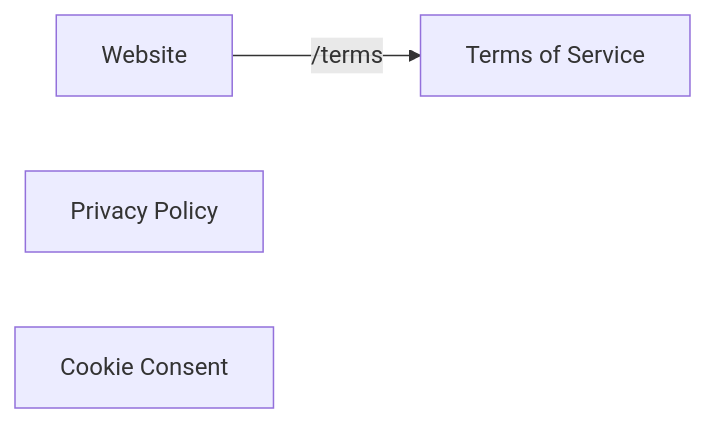
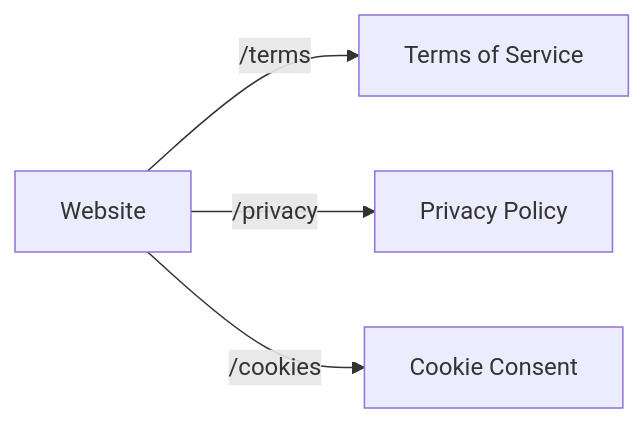
One commit to noclocks/NoClocksVault changed the diagram in 03-AREAS/Business/Checklists/Checklist - Legal Policies.md. Above: the diagram before and after it, drawn with Mermaid. The commit also changed other lines of this file and 2 other files, not shown here.

````diff
--- a/03-AREAS/Business/Checklists/Checklist - Legal Policies.md
+++ b/03-AREAS/Business/Checklists/Checklist - Legal Policies.md
@@ -37,9 +39,11 @@
 ```mermaid
 graph LR
   web[Website]
   terms[Terms of Service]
   privacy[Privacy Policy]
   cookie[Cookie Consent]
 
   web --"`/terms`"-->terms
+  web --"`/privacy`"-->privacy
+  web --"`/cookies`"-->cookie
 ```
````
